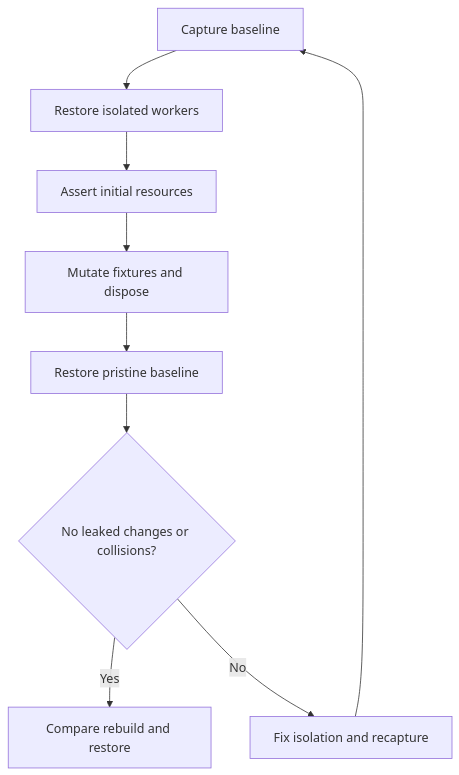
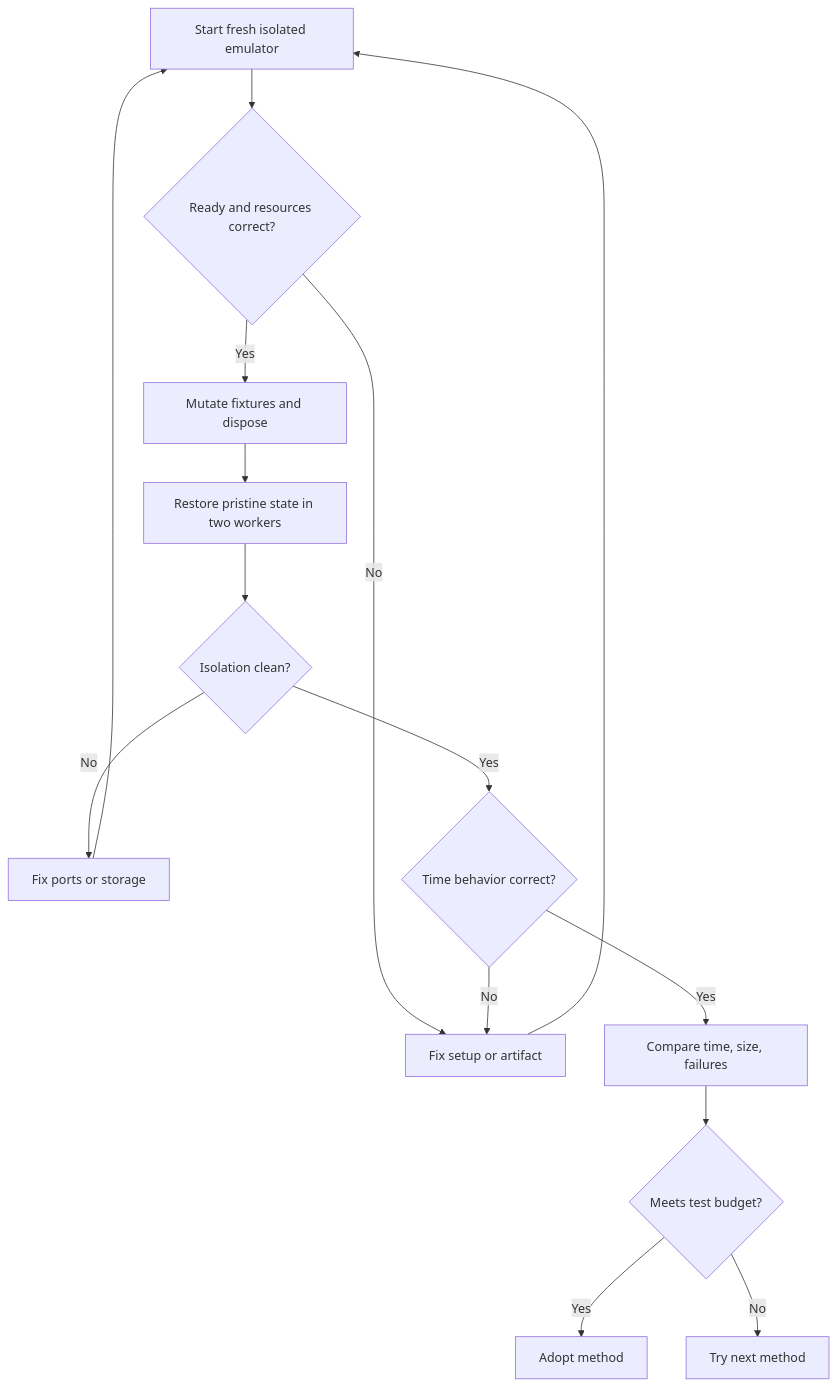
One commit to dmacvicar/awesome-cloud-emulators changed the second of 2 diagrams in docs/reusable-emulator-baselines.md. Above: the diagram before and after it, drawn with Mermaid. The commit also changed other lines of this file and 1 other file, not shown here.

Commit message:
Prioritize native emulator baselines and make restore guidance actionable

````diff
--- a/docs/reusable-emulator-baselines.md
+++ b/docs/reusable-emulator-baselines.md
@@ -53,11 +67,19 @@
 ```mermaid
 flowchart TD
-    A["Capture baseline"] --> B["Restore isolated workers"]
-    B --> C["Assert initial resources"]
-    C --> D["Mutate fixtures and dispose"]
-    D --> E["Restore pristine baseline"]
-    E --> F{"No leaked changes or collisions?"}
-    F -->|Yes| G["Compare rebuild and restore"]
-    F -->|No| H["Fix isolation and recapture"]
-    H --> A
+accTitle: Validating an emulator baseline restore
+accDescr: Start a fresh isolated emulator and check resources. Mutate and discard it, restore again in two workers, verify isolation and time behavior, then compare cost and reliability. Failed checks return to setup or restore configuration; only successful checks lead to adoption.
+    A["Start fresh isolated emulator"] --> B{"Ready and resources correct?"}
+    B -->|No| C["Fix setup or artifact"]
+    C --> A
+    B -->|Yes| D["Mutate fixtures and dispose"]
+    D --> E["Restore pristine state in two workers"]
+    E --> F{"Isolation clean?"}
+    F -->|No| G["Fix ports or storage"]
+    G --> A
+    F -->|Yes| H{"Time behavior correct?"}
+    H -->|No| C
+    H -->|Yes| I["Compare time, size, failures"]
+    I --> J{"Meets test budget?"}
+    J -->|Yes| K["Adopt method"]
+    J -->|No| L["Try next method"]
 ```
````
